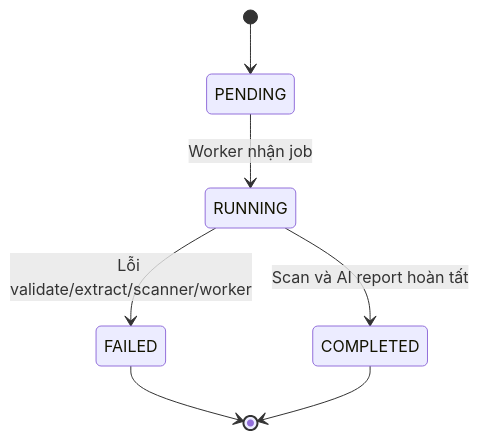
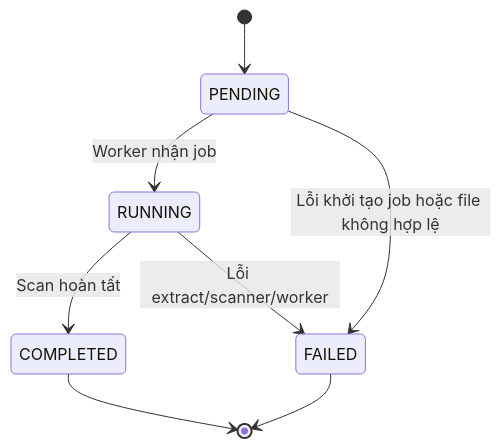
One commit to Cozgg/ai-devsecops-platform changed the fourth of 5 diagrams in docs/diagrams.md. Above: the diagram before and after it, drawn with Mermaid. The commit also changed other lines of this file, not shown here.

Commit message:
docs: sync diagrams with backend model fields

````diff
--- a/docs/diagrams.md
+++ b/docs/diagrams.md
@@ -214,9 +296,10 @@
 ```mermaid
 stateDiagram-v2
     [*] --> PENDING
     PENDING --> RUNNING: Worker nhận job
-    RUNNING --> COMPLETED: Scan và AI report hoàn tất
-    RUNNING --> FAILED: Lỗi validate/extract/scanner/worker
+    RUNNING --> COMPLETED: Scan hoàn tất
+    RUNNING --> FAILED: Lỗi extract/scanner/worker
+    PENDING --> FAILED: Lỗi khởi tạo job hoặc file không hợp lệ
     FAILED --> [*]
     COMPLETED --> [*]
 ```
````
